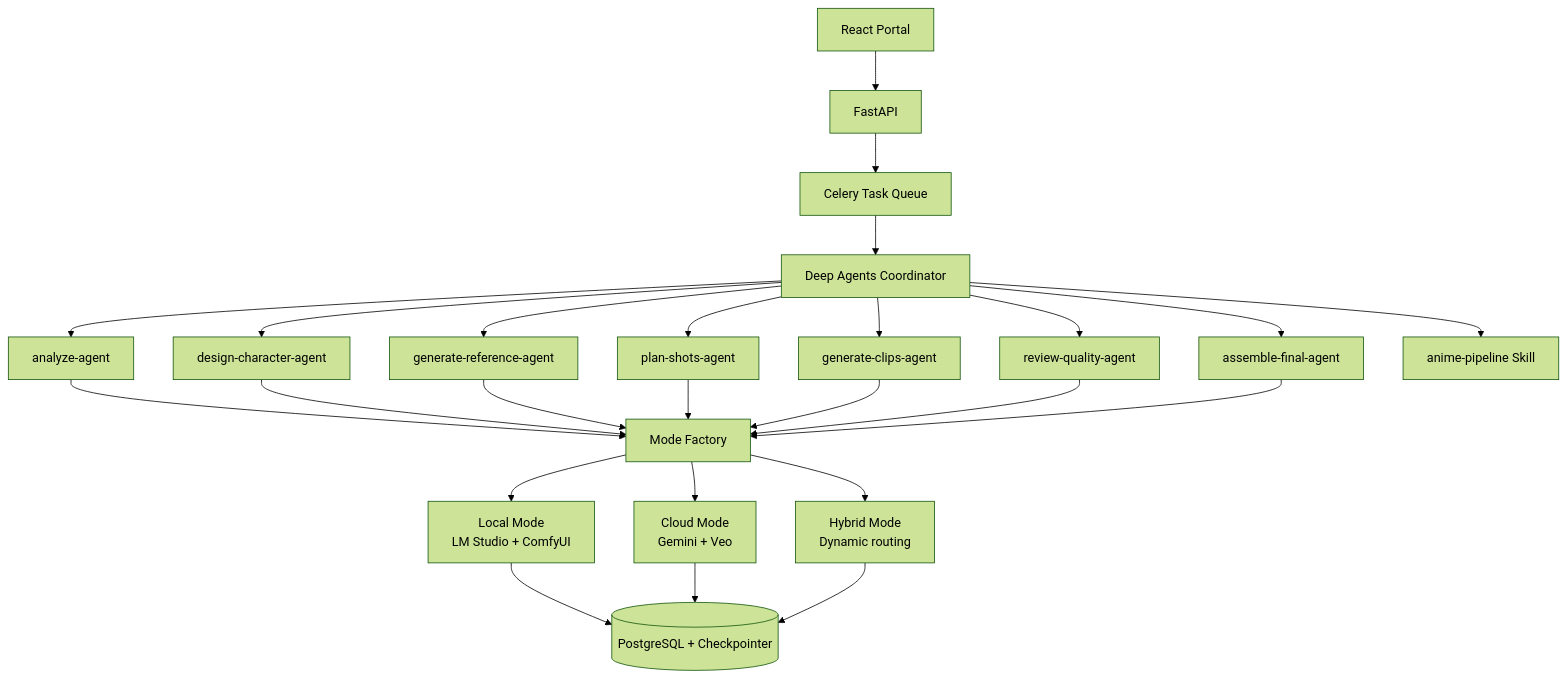
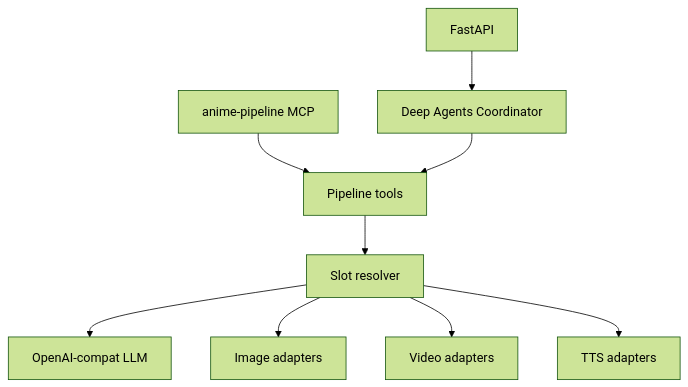
Before and after one commit to johnsonhk88/anime-to-live-action-Short-generate-by-GenAI: the diagram in readme.md, drawn with Mermaid (forest theme). The commit also changed other lines of this file and 53 other files, not shown here.

````diff
--- a/readme.md
+++ b/readme.md
@@ -54,23 +70,11 @@
 ```mermaid
 graph TD
-    Frontend[React Portal] --> API[FastAPI]
-    API --> Celery[Celery Task Queue]
-    Celery --> Agent[Deep Agents Coordinator]
-    
-    Agent --> Sub1[analyze-agent]
-    Agent --> Sub2[design-character-agent]
-    Agent --> Sub3[generate-reference-agent]
-    Agent --> Sub4[plan-shots-agent]
-    Agent --> Sub5[generate-clips-agent]
-    Agent --> Sub6[review-quality-agent]
-    Agent --> Sub7[assemble-final-agent]
-    
-    Agent --> Skill[anime-pipeline Skill]
-    Sub1 & Sub2 & Sub3 & Sub4 & Sub5 & Sub6 & Sub7 --> ModeFactory[Mode Factory]
-    
-    ModeFactory --> Local[Local Mode<br/>LM Studio + ComfyUI]
-    ModeFactory --> Cloud[Cloud Mode<br/>Gemini + Veo]
-    ModeFactory --> Hybrid[Hybrid Mode<br/>Dynamic routing]
-    
-    Local & Cloud & Hybrid --> Postgres[(PostgreSQL + Checkpointer)]
+    API[FastAPI] --> Agent[Deep Agents Coordinator]
+    MCP[anime-pipeline MCP] --> Tools
+    Agent --> Tools[Pipeline tools]
+    Tools --> Slots[Slot resolver]
+    Slots --> LLM[OpenAI-compat LLM]
+    Slots --> Image[Image adapters]
+    Slots --> Video[Video adapters]
+    Slots --> TTS[TTS adapters]
 ```
````
